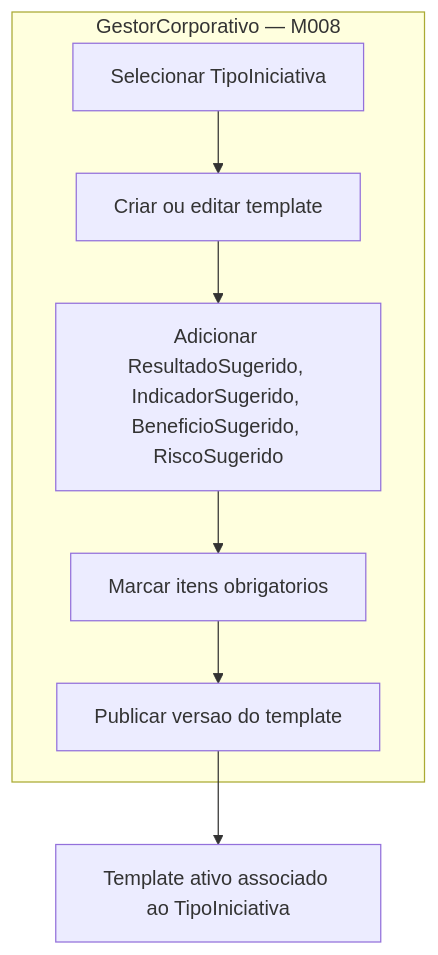
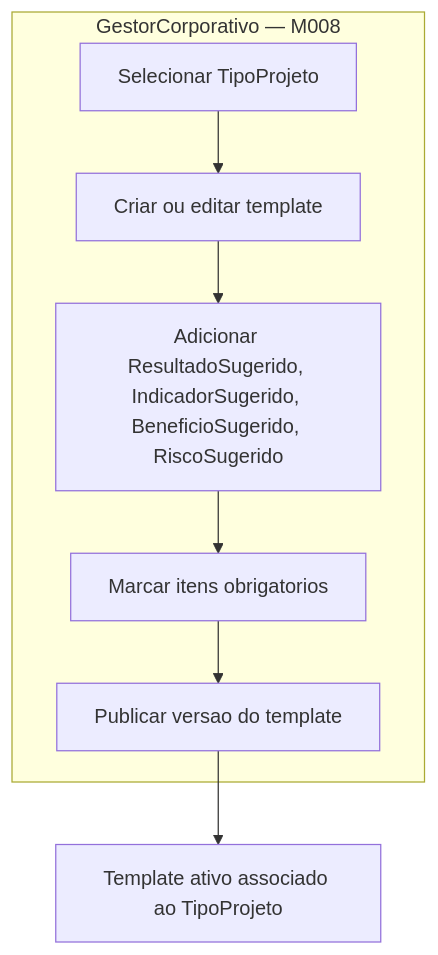
The first of 2 diagrams in docs/implementation/modules/M008-cadastros-corporativos/instituicoes/proposta-templates-tipo-iniciativa.md (Czzped/conecta-fapes-teste), drawn with Mermaid before and after one commit. The commit also changed other lines of this file and 6 other files, not shown here.

First line of the commit message:
refactor(M011,M008): renomeia TipoIniciativa para TipoProjeto

````diff
--- a/docs/implementation/modules/M008-cadastros-corporativos/instituicoes/proposta-templates-tipo-iniciativa.md
+++ b/docs/implementation/modules/M008-cadastros-corporativos/instituicoes/proposta-templates-tipo-iniciativa.md
@@ -103,13 +103,13 @@
 ```mermaid
 flowchart TD
     subgraph GestorCorporativo[GestorCorporativo — M008]
-        A[Selecionar TipoIniciativa]
+        A[Selecionar TipoProjeto]
         B[Criar ou editar template]
         C[Adicionar ResultadoSugerido, IndicadorSugerido, BeneficioSugerido, RiscoSugerido]
         D[Marcar itens obrigatorios]
         E[Publicar versao do template]
     end
 
     A --> B --> C --> D --> E
-    E --> F[Template ativo associado ao TipoIniciativa]
+    E --> F[Template ativo associado ao TipoProjeto]
 ```
````
